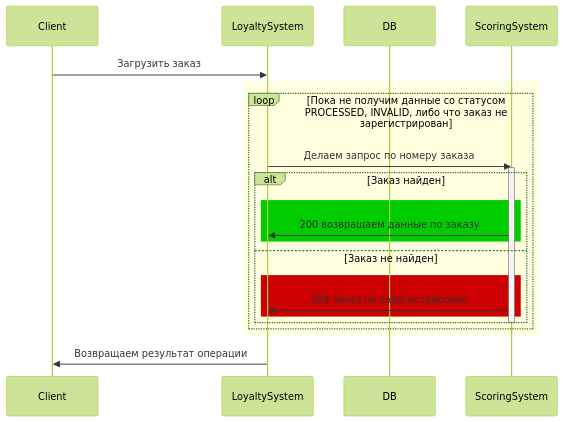
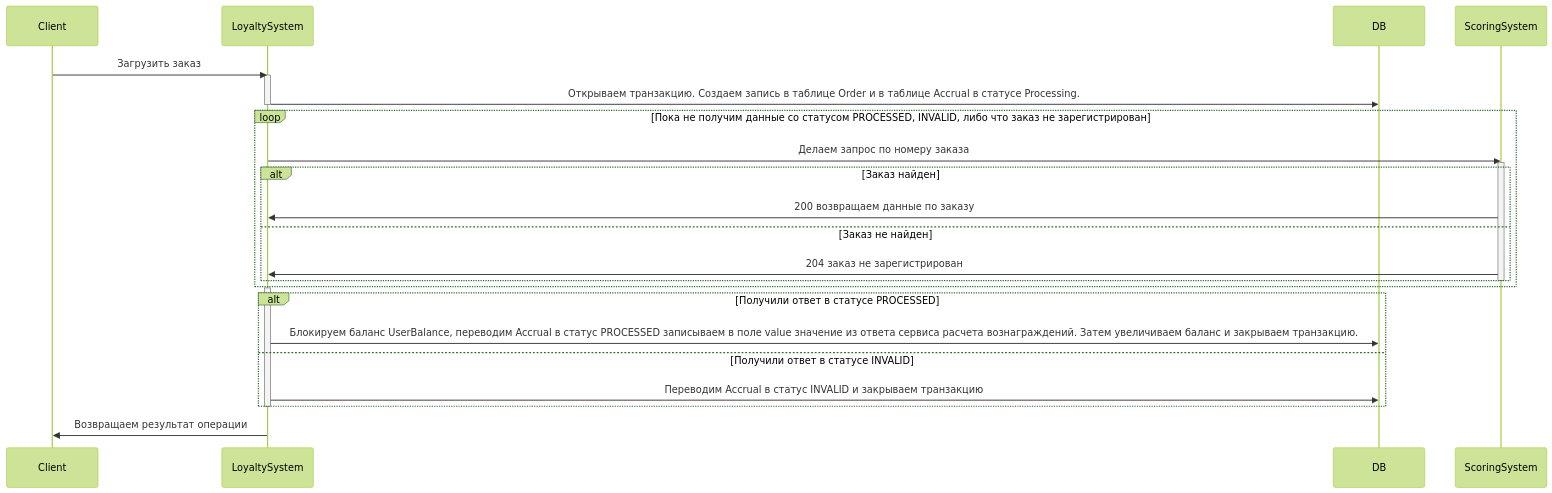
The second of 3 diagrams in README.md (dcwk/gophermart), drawn with Mermaid (forest theme) before and after one commit. The commit also changed other lines of this file and 1 other file, not shown here.

Commit message:
Доработал диаграммы

````diff
--- a/README.md
+++ b/README.md
@@ -41,26 +48,30 @@
 ```mermaid
 sequenceDiagram
     participant Client
     participant LoyaltySystem
     participant DB
     participant ScoringSystem
     
     Client->>LoyaltySystem: Загрузить заказ
-    rect rgb(255, 255, 224)
+    activate LoyaltySystem
+    LoyaltySystem->>DB: Открываем транзакцию. Создаем запись в таблице Order и в таблице Accrual в статусе Processing. 
+    deactivate LoyaltySystem
        loop Пока не получим данные со статусом PROCESSED, INVALID, либо что заказ не зарегистрирован 
           LoyaltySystem->>ScoringSystem: Делаем запрос по номеру заказа
           activate ScoringSystem
           alt Заказ найден
-              rect rgb(0,204,0)
                   ScoringSystem->>LoyaltySystem: 200 возвращаем данные по заказу 
-              end
           else Заказ не найден
-              rect rgb(204,0,0)
                   ScoringSystem->>LoyaltySystem: 204 заказ не зарегистрирован
-              end
           end
           deactivate ScoringSystem
        end
+    activate LoyaltySystem
+    alt Получили ответ в статусе PROCESSED
+        LoyaltySystem->>DB: Блокируем баланс UserBalance, переводим Accrual в статус PROCESSED записываем в поле value значение из ответа сервиса расчета вознаграждений. Затем увеличиваем баланс и закрываем транзакцию. 
+    else Получили ответ в статусе INVALID
+        LoyaltySystem->>DB: Переводим Accrual в статус INVALID и закрываем транзакцию
     end
+    deactivate LoyaltySystem
     LoyaltySystem->>Client: Возвращаем результат операции
 ```
````
